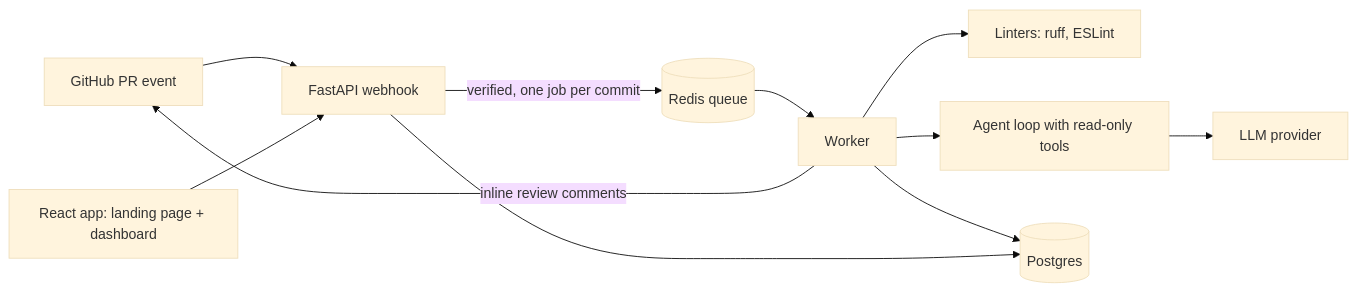
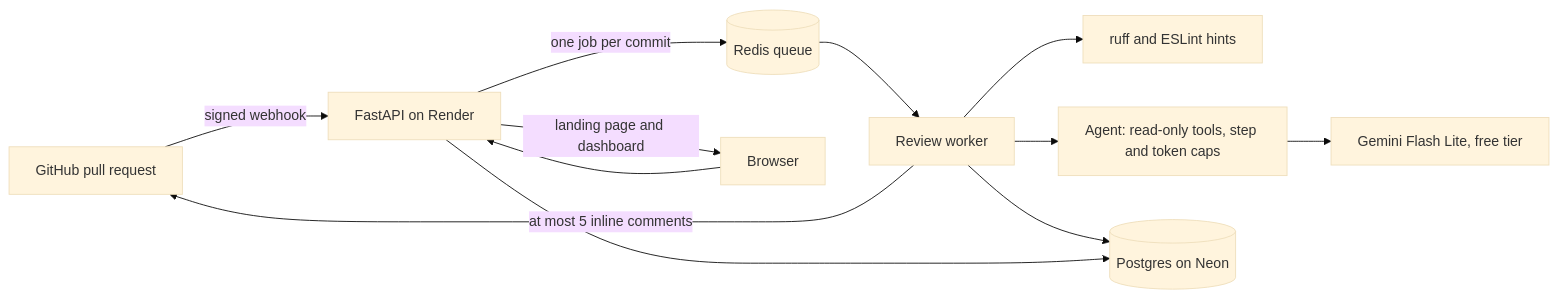
The diagram in README.md (5-Vighnesh-0/diffmate), drawn with Mermaid (base theme) before and after one commit. The commit also changed other lines of this file and 2 other files, not shown here.

````diff
--- a/README.md
+++ b/README.md
@@ -13,13 +22,14 @@
 ```mermaid
 flowchart LR
-  GH[GitHub PR event] --> API[FastAPI webhook]
-  API -->|verified, one job per commit| Q[(Redis queue)]
-  Q --> W[Worker]
-  W --> L[Linters: ruff, ESLint]
-  W --> A[Agent loop with read-only tools]
-  A --> LLM[LLM provider]
-  W --> DB[(Postgres)]
-  W -->|inline review comments| GH
-  UI[React app: landing page + dashboard] --> API
+  GH[GitHub pull request] -->|signed webhook| API[FastAPI on Render]
+  API -->|one job per commit| Q[(Redis queue)]
+  Q --> W[Review worker]
+  W --> L[ruff and ESLint hints]
+  W --> A[Agent: read-only tools, step and token caps]
+  A --> G[Gemini Flash Lite, free tier]
+  W -->|at most 5 inline comments| GH
+  W --> DB[(Postgres on Neon)]
+  U[Browser] --> API
+  API -->|landing page and dashboard| U
   API --> DB
 ```
````
